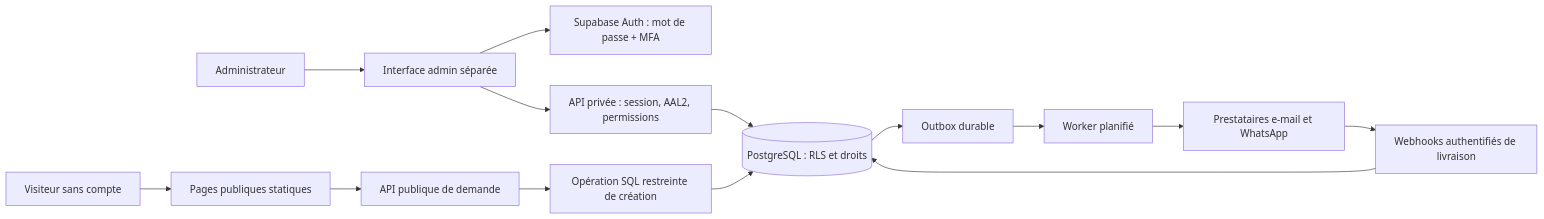
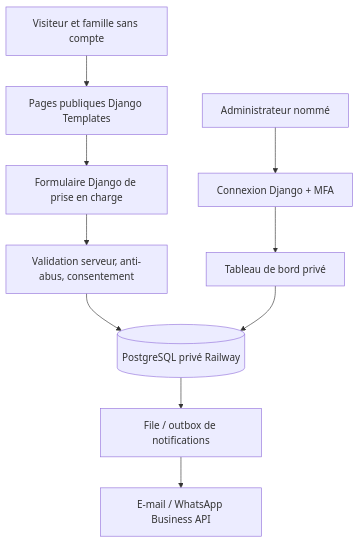
One commit to ndongorenevaldez-design/nakre-care changed the diagram in docs/ARCHITECTURE_CIBLE.md. Above: the diagram before and after it, drawn with Mermaid. The commit also changed other lines of this file, not shown here.

Commit message:
docs: remplacer architecture Vercel/Supabase par Django complet sur Railway

````diff
--- a/docs/ARCHITECTURE_CIBLE.md
+++ b/docs/ARCHITECTURE_CIBLE.md
@@ -42,16 +35,12 @@
 ```mermaid
-flowchart LR
-  P[Visiteur sans compte] --> S[Pages publiques statiques]
-  S --> I[API publique de demande]
-  A[Administrateur] --> UI[Interface admin séparée]
-  UI --> AU[Supabase Auth : mot de passe + MFA]
-  UI --> API[API privée : session, AAL2, permissions]
-  I --> RPC[Opération SQL restreinte de création]
-  API --> DB[(PostgreSQL : RLS et droits)]
-  RPC --> DB
-  DB --> O[Outbox durable]
-  O --> W[Worker planifié]
-  W --> N[Prestataires e-mail et WhatsApp]
-  N --> H[Webhooks authentifiés de livraison]
-  H --> DB
+flowchart TD
+  U[Visiteur et famille sans compte] --> W[Pages publiques Django Templates]
+  W --> F[Formulaire Django de prise en charge]
+  F --> V[Validation serveur, anti-abus, consentement]
+  V --> DB[(PostgreSQL privé Railway)]
+  A[Administrateur nommé] --> MFA[Connexion Django + MFA]
+  MFA --> P[Tableau de bord privé]
+  P --> DB
+  DB --> O[File / outbox de notifications]
+  O --> N[E-mail / WhatsApp Business API]
 ```
````
